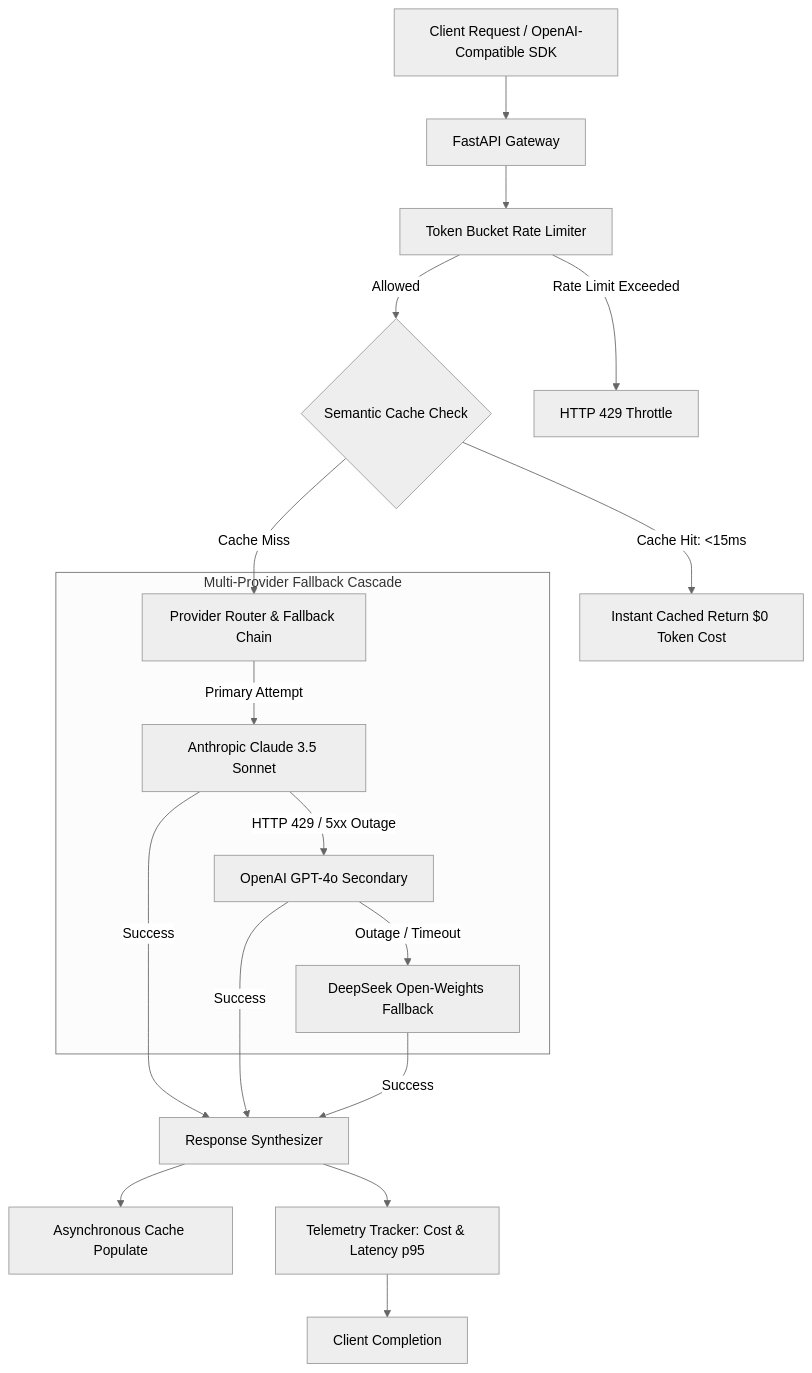
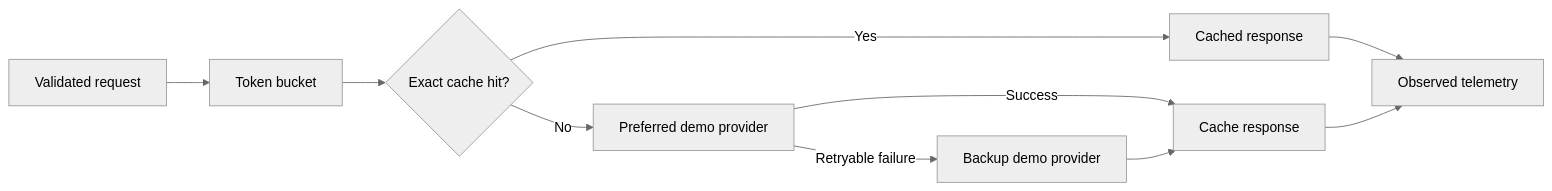
One commit to Marwanelh/provider-gateway-lab changed the diagram in README.md. Above: the diagram before and after it, drawn with Mermaid (neutral theme). The commit also changed other lines of this file and 9 other files, not shown here.

Commit message:
Rebuild gateway as a transparent provider integration lab

````diff
--- a/README.md
+++ b/README.md
@@ -15,26 +13,12 @@
 ```mermaid
-flowchart TD
-    A[Client Request / OpenAI-Compatible SDK] --> B[FastAPI Gateway]
-    
-    B --> C[Token Bucket Rate Limiter]
-    C -->|Allowed| D{Semantic Cache Check}
-    C -->|Rate Limit Exceeded| E[HTTP 429 Throttle]
-    
-    D -->|Cache Hit: <15ms| F[Instant Cached Return $0 Token Cost]
-    
-    D -->|Cache Miss| G[Provider Router & Fallback Chain]
-    
-    subgraph Multi-Provider Fallback Cascade
-        G -->|Primary Attempt| H[Anthropic Claude 3.5 Sonnet]
-        H -->|HTTP 429 / 5xx Outage| I[OpenAI GPT-4o Secondary]
-        I -->|Outage / Timeout| J[DeepSeek Open-Weights Fallback]
-    end
-    
-    H -->|Success| K[Response Synthesizer]
-    I -->|Success| K
-    J -->|Success| K
-    
-    K --> L[Asynchronous Cache Populate]
-    K --> M[Telemetry Tracker: Cost & Latency p95]
-    M --> N[Client Completion]
+flowchart LR
+    A[Validated request] --> B[Token bucket]
+    B --> C{Exact cache hit?}
+    C -- Yes --> D[Cached response]
+    C -- No --> E[Preferred demo provider]
+    E -- Retryable failure --> F[Backup demo provider]
+    E -- Success --> G[Cache response]
+    F --> G
+    D --> H[Observed telemetry]
+    G --> H
 ```
````
